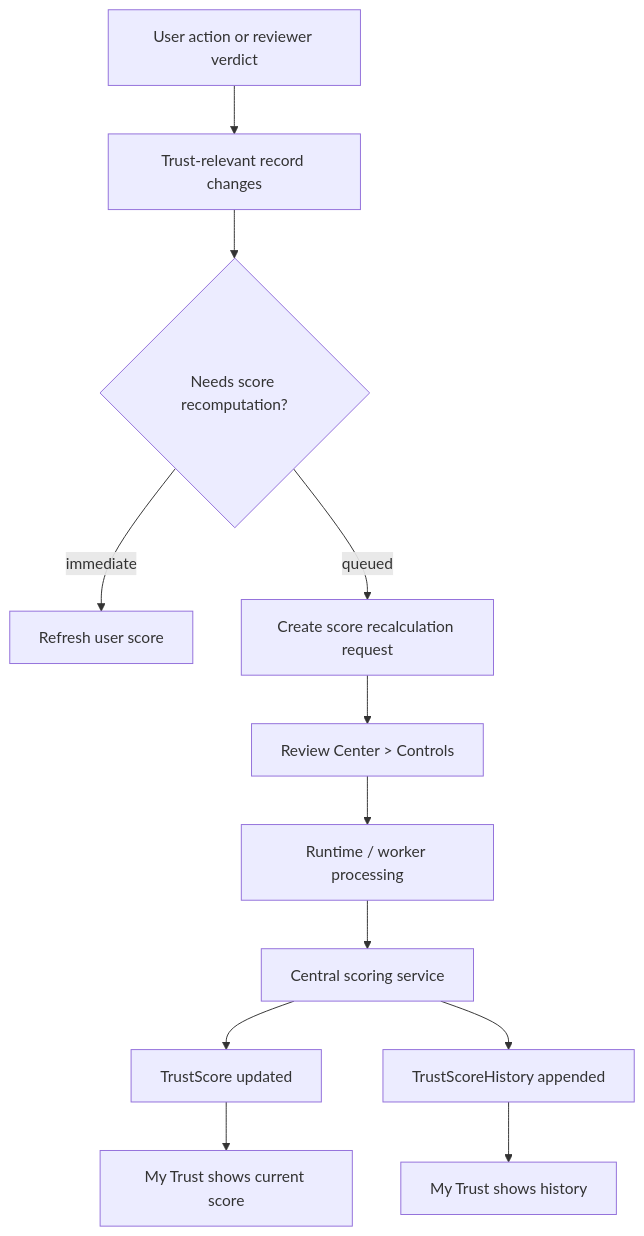
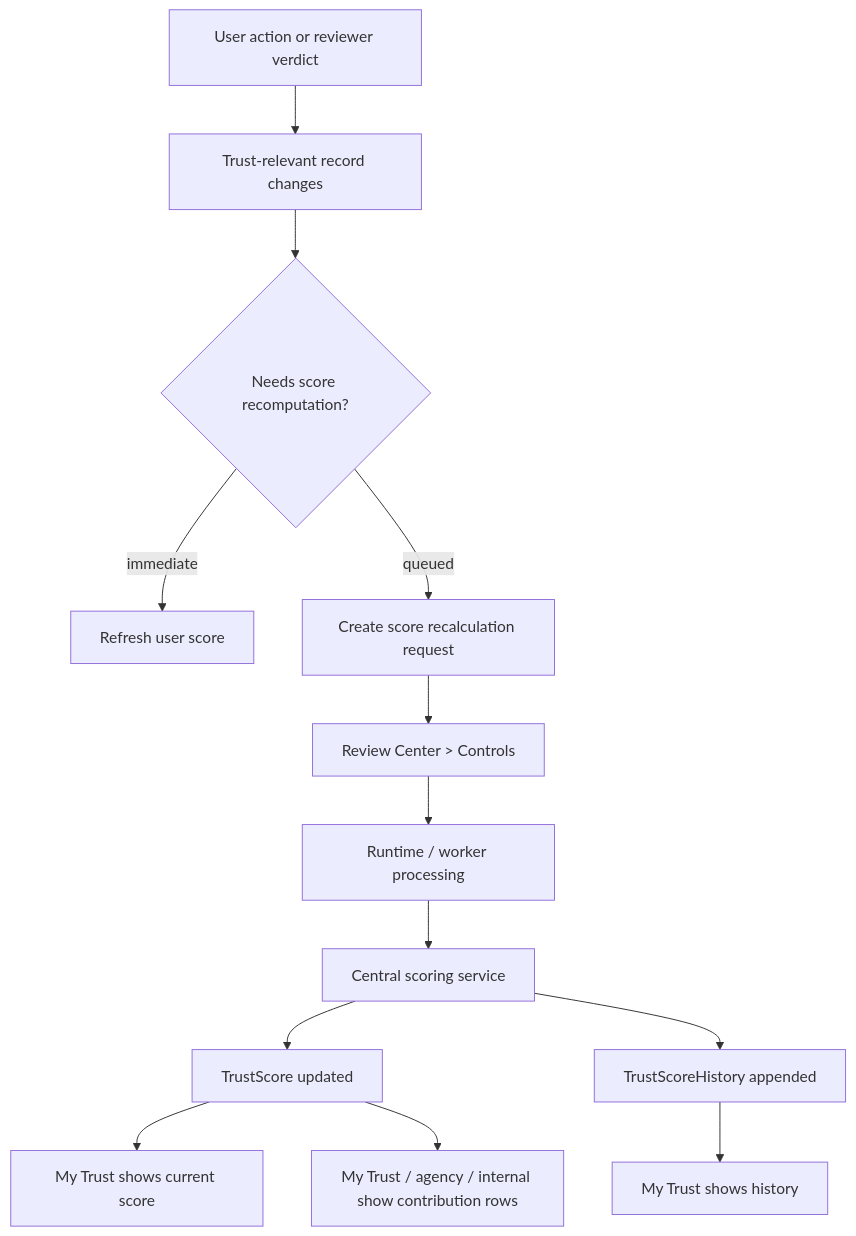
Before and after one commit to vtmarkop/real_estate_trust_ledger: the tenth of 11 diagrams in docs/WORKFLOW_DIAGRAMS.md, drawn with Mermaid. The commit also changed other lines of this file and 21 other files, not shown here.

````diff
--- a/docs/WORKFLOW_DIAGRAMS.md
+++ b/docs/WORKFLOW_DIAGRAMS.md
@@ -353,14 +353,15 @@
 ```mermaid
 flowchart TD
     A["User action or reviewer verdict"] --> B["Trust-relevant record changes"]
     B --> C{"Needs score recomputation?"}
     C -->|"immediate"| D["Refresh user score"]
     C -->|"queued"| E["Create score recalculation request"]
     E --> F["Review Center > Controls"]
     F --> G["Runtime / worker processing"]
     G --> H["Central scoring service"]
     H --> I["TrustScore updated"]
     H --> J["TrustScoreHistory appended"]
     I --> K["My Trust shows current score"]
+    I --> M["My Trust / agency / internal show contribution rows"]
     J --> L["My Trust shows history"]
 ```
````
